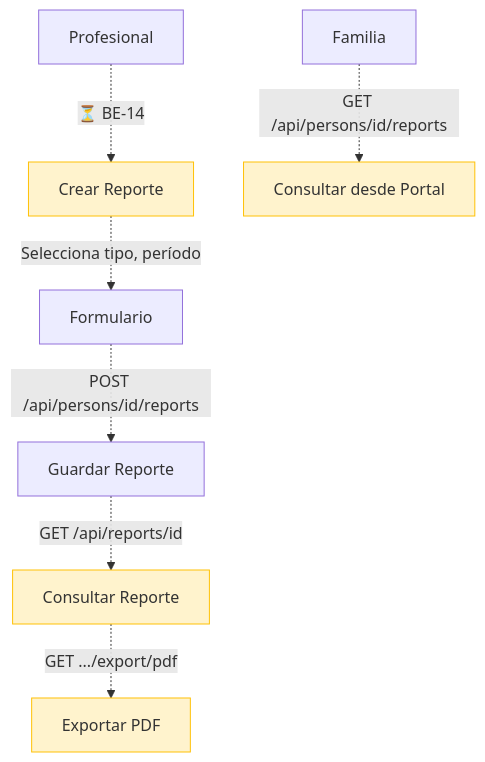
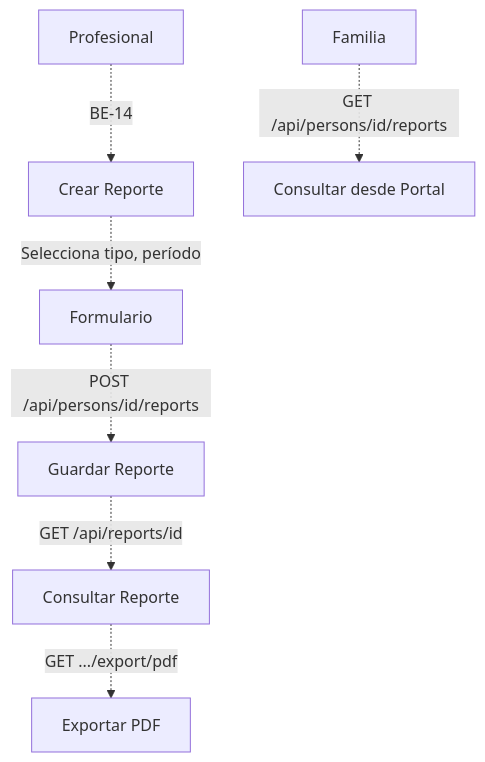
The diagram in Process/15-generacion-informes.md (Sacha-html/InclusiON), drawn with Mermaid before and after one commit. The commit also changed other lines of this file and 32 other files, not shown here.

First line of the commit message:
Add context diagram, data dictionary, and glossary for InclusiON system

````diff
--- a/Process/15-generacion-informes.md
+++ b/Process/15-generacion-informes.md
@@ -37,16 +37,12 @@
 ```mermaid
 flowchart TD
-    PROF[Profesional] -.->|⏳ BE-14| CREAR[Crear Reporte]
+    PROF[Profesional] -.->|BE-14| CREAR[Crear Reporte]
     CREAR -.->|Selecciona tipo, período| FORM[Formulario]
     FORM -.->|POST /api/persons/id/reports| SAVE[Guardar Reporte]
 
     SAVE -.->|GET /api/reports/id| VER[Consultar Reporte]
     VER -.->|GET .../export/pdf| PDF[Exportar PDF]
 
     FAM[Familia] -.->|GET /api/persons/id/reports| VER_F[Consultar desde Portal]
 
-    style CREAR fill:#fff3cd,stroke:#ffc107
-    style VER fill:#fff3cd,stroke:#ffc107
-    style PDF fill:#fff3cd,stroke:#ffc107
-    style VER_F fill:#fff3cd,stroke:#ffc107
 ```
````
